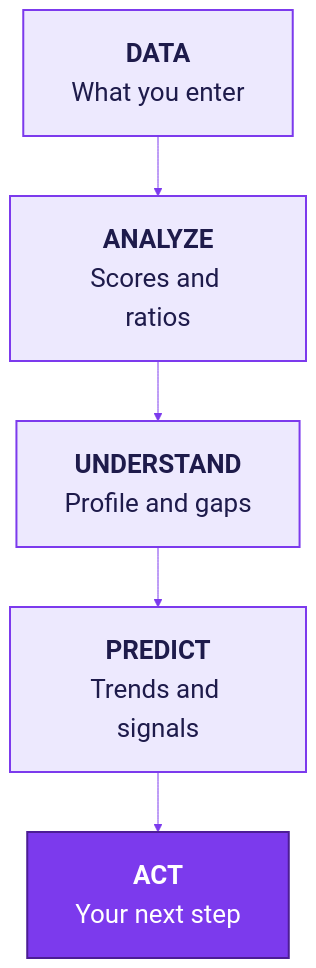
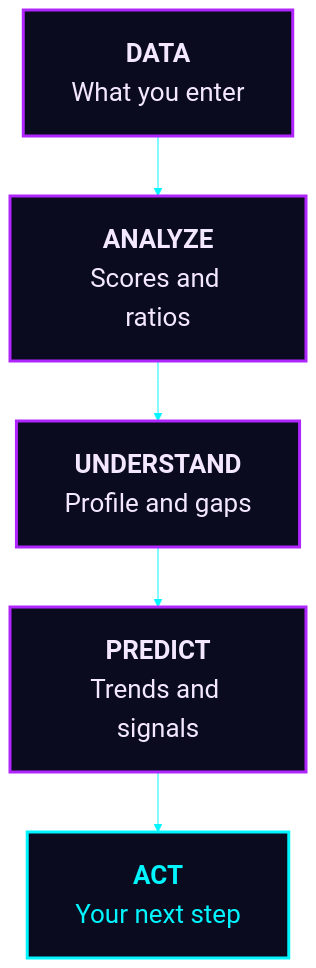
One commit to Mansi232323/MANSHORA changed the first of 13 diagrams in README.md. Above: the diagram before and after it, drawn with Mermaid. The commit also changed other lines of this file, not shown here.

````diff
--- a/README.md
+++ b/README.md
@@ -50,14 +50,14 @@
 ```mermaid
-%%{init: {'theme':'base','themeVariables':{'fontSize':'26px','primaryColor':'#ede9fe','primaryBorderColor':'#7c3aed','primaryTextColor':'#1e1b4b','lineColor':'#7c3aed'},'flowchart':{'nodeSpacing':50,'rankSpacing':60,'padding':24,'htmlLabels':true}}}%%
+%%{init: {'theme':'base','themeVariables':{'fontSize':'26px','primaryColor':'#ede9fe','primaryBorderColor':'#7c3aed','primaryTextColor':'#1e1b4b','lineColor':'#00f5ff','clusterBkg':'#0b0b1f','clusterBorder':'#ff00e5','titleColor':'#ff00e5','edgeLabelBackground':'#0b0b1f'},'flowchart':{'nodeSpacing':50,'rankSpacing':60,'padding':24,'htmlLabels':true}}}%%
 flowchart TB
     A["<b>DATA</b><br/>What you enter"]
     B["<b>ANALYZE</b><br/>Scores and ratios"]
     C["<b>UNDERSTAND</b><br/>Profile and gaps"]
     D["<b>PREDICT</b><br/>Trends and signals"]
     E["<b>ACT</b><br/>Your next step"]
     A --> B --> C --> D --> E
-    classDef step fill:#ede9fe,stroke:#7c3aed,stroke-width:2px,color:#1e1b4b
-    classDef goal fill:#7c3aed,stroke:#4c1d95,stroke-width:2px,color:#ffffff
+    classDef step fill:#0b0b1f,stroke:#b026ff,stroke-width:3px,color:#f3e8ff
+    classDef goal fill:#0b0b1f,stroke:#00f5ff,stroke-width:3px,color:#00f5ff
     class A,B,C,D step
     class E goal
 ```
````
